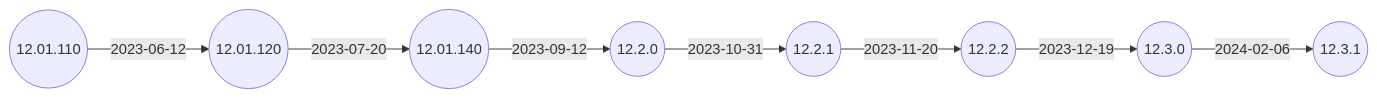
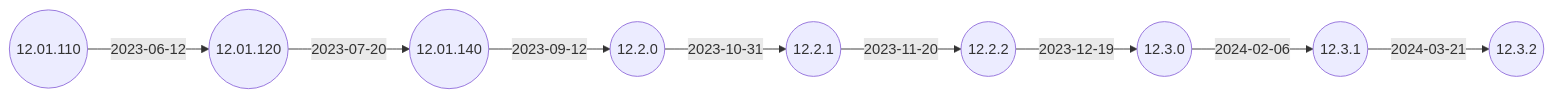
One commit to IGEL-Community/IGEL-Docs-v02 changed the second of 2 diagrams in docs/Docs/ReleaseNotes/04-OS12/README.md. Above: the diagram before and after it, drawn with Mermaid. The commit also changed 2 other files, not shown here.

Commit message:
OS 12.3.2 < 12.3.1

````diff
--- a/docs/Docs/ReleaseNotes/04-OS12/README.md
+++ b/docs/Docs/ReleaseNotes/04-OS12/README.md
@@ -33,18 +33,19 @@
 ```mermaid
 flowchart LR
+    12.3.1-- 2024-03-21 -->12.3.2((12.3.2))
     12.3.0-- 2024-02-06 -->12.3.1((12.3.1))
     12.2.2-- 2023-12-19 -->12.3.0((12.3.0))
     12.2.1-- 2023-11-20 -->12.2.2((12.2.2))
     12.2.0-- 2023-10-31 -->12.2.1((12.2.1))
     12.01.140-- 2023-09-12 -->12.2.0((12.2.0))
     12.01.120-- 2023-07-20 -->12.01.140((12.01.140))
     12.01.110((12.01.110))-- 2023-06-12 -->12.01.120((12.01.120))
     click 12.3.1 "https://github.com/IGEL-Community/IGEL-Docs-v02/tree/main/docs/Docs/ReleaseNotes/04-OS12/readme12.3.1.txt" _blank
     click 12.3.0 "https://github.com/IGEL-Community/IGEL-Docs-v02/tree/main/docs/Docs/ReleaseNotes/04-OS12/readme12.3.0.txt" _blank
     click 12.2.2 "https://github.com/IGEL-Community/IGEL-Docs-v02/tree/main/docs/Docs/ReleaseNotes/04-OS12/readme12.2.2.txt" _blank
     click 12.2.1 "https://github.com/IGEL-Community/IGEL-Docs-v02/tree/main/docs/Docs/ReleaseNotes/04-OS12/readme12.2.1.txt" _blank
     click 12.2.0 "https://github.com/IGEL-Community/IGEL-Docs-v02/tree/main/docs/Docs/ReleaseNotes/04-OS12/readme12.2.0.txt" _blank
     click 12.01.140 "https://github.com/IGEL-Community/IGEL-Docs-v02/tree/main/docs/Docs/ReleaseNotes/04-OS12/readme12.01.140.1.txt" _blank
     click 12.01.120 "https://github.com/IGEL-Community/IGEL-Docs-v02/tree/main/docs/Docs/ReleaseNotes/04-OS12/readme12.01.120.1.txt" _blank
     click 12.01.110 "https://github.com/IGEL-Community/IGEL-Docs-v02/tree/main/docs/Docs/ReleaseNotes/04-OS12/readme12.01.110.1.txt" _blank
 ```
````
